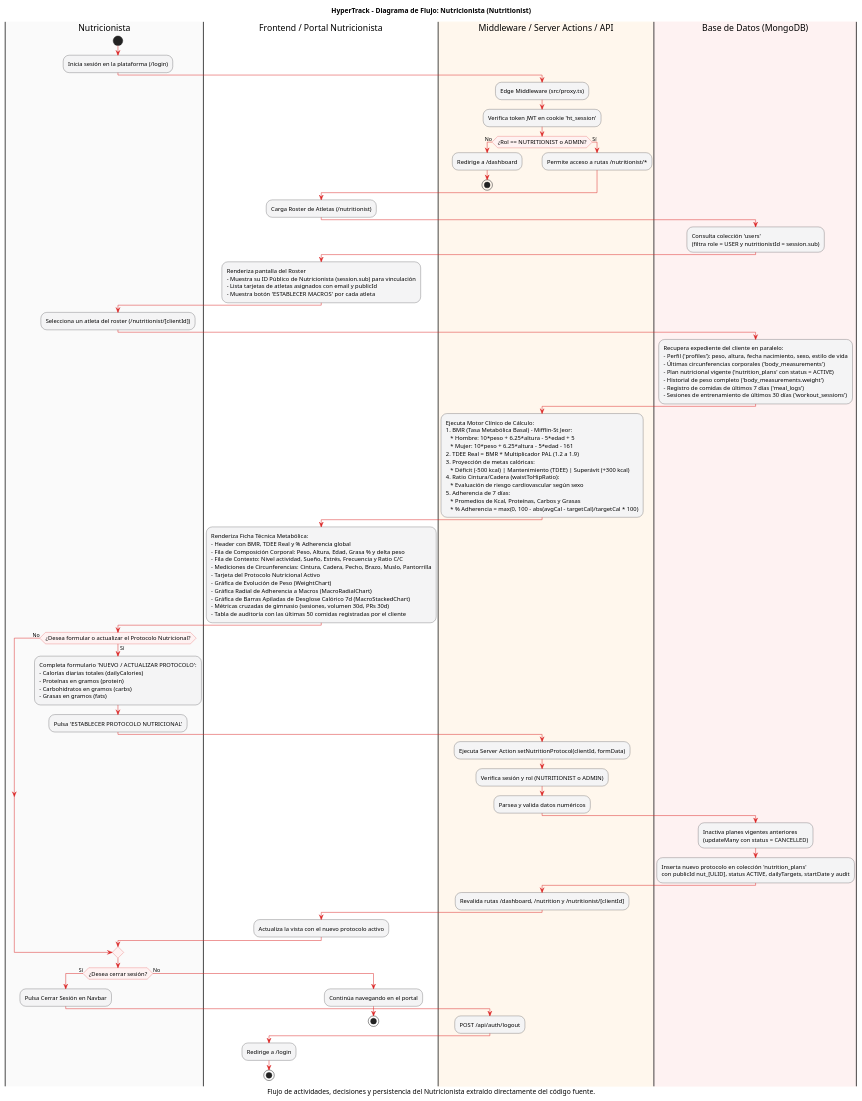
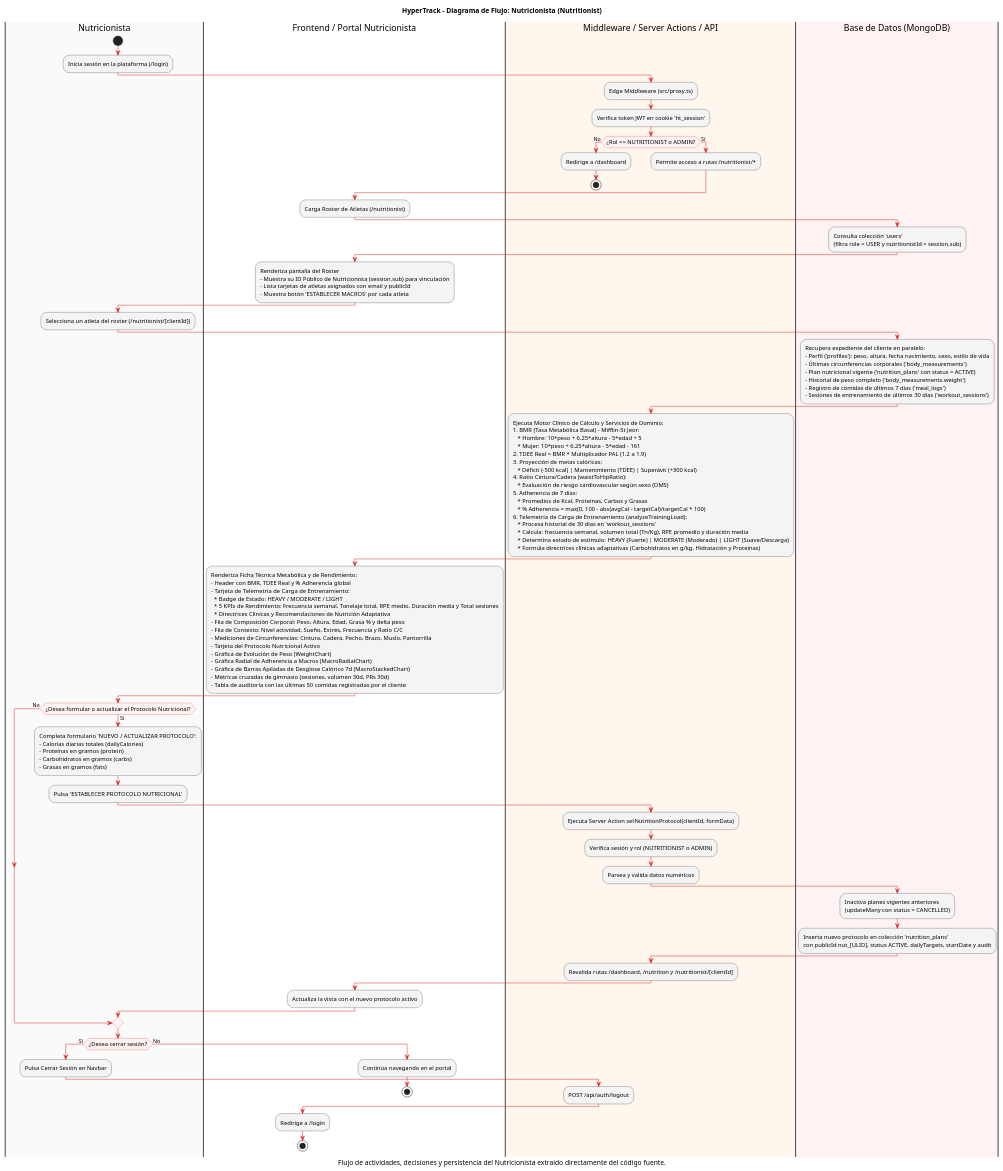
The diagram in OFICIAL/diagramas/Flujo_Nutricionista.puml (KingBathos/Hypertrack), drawn with PlantUML before and after one commit. The commit also changed 10 other files, not shown here.

Commit message:
docs(architecture): update comprehensive step-by-step setup guide, requirements, and role workflows

```diff
--- a/OFICIAL/diagramas/Flujo_Nutricionista.puml
+++ b/OFICIAL/diagramas/Flujo_Nutricionista.puml
@@ -1,129 +1,138 @@
 @startuml Flujo_Nutricionista
 title HyperTrack - Diagrama de Flujo: Nutricionista (Nutritionist)
 caption Flujo de actividades, decisiones y persistencia del Nutricionista extraído directamente del código fuente.
 
 skinparam BackgroundColor #FFFFFF
 skinparam Shadowing false
 skinparam DefaultFontName "Helvetica", "Arial", sans-serif
 skinparam ActivityFontSize 12
 skinparam ArrowColor #DC2626
 skinparam ActivityBorderColor #18181B
 skinparam ActivityBackgroundColor #F4F4F5
 skinparam ActivityDiamondBorderColor #DC2626
 skinparam ActivityDiamondBackgroundColor #FEF2F2
 skinparam NoteBorderColor #71717A
 skinparam NoteBackgroundColor #FAFAFA
 
 |#FAFAFA|Nutricionista|
 |#FFFFFF|Frontend / Portal Nutricionista|
 |#FFF7ED|Middleware / Server Actions / API|
 |#FEF2F2|Base de Datos (MongoDB)|
 
 |Nutricionista|
 start
 :Inicia sesión en la plataforma (/login);
 
 |Middleware / Server Actions / API|
 :Edge Middleware (src/proxy.ts);
 :Verifica token JWT en cookie 'ht_session';
 if (¿Rol == NUTRITIONIST o ADMIN?) then (No)
   :Redirige a /dashboard;
   stop
 else (Sí)
   :Permite acceso a rutas /nutritionist/*;
 endif
 
 |Frontend / Portal Nutricionista|
 :Carga Roster de Atletas (/nutritionist);
 
 |Base de Datos (MongoDB)|
 :Consulta colección 'users'
 (filtra role = USER y nutritionistId = session.sub);
 
 |Frontend / Portal Nutricionista|
 :Renderiza pantalla del Roster
 - Muestra su ID Público de Nutricionista (session.sub) para vinculación
 - Lista tarjetas de atletas asignados con email y publicId
 - Muestra botón 'ESTABLECER MACROS' por cada atleta;
 
 |Nutricionista|
 :Selecciona un atleta del roster (/nutritionist/[clientId]);
 
 |Base de Datos (MongoDB)|
 :Recupera expediente del cliente en paralelo:
 - Perfil ('profiles'): peso, altura, fecha nacimiento, sexo, estilo de vida
 - Últimas circunferencias corporales ('body_measurements')
 - Plan nutricional vigente ('nutrition_plans' con status = ACTIVE)
 - Historial de peso completo ('body_measurements.weight')
 - Registro de comidas de últimos 7 días ('meal_logs')
 - Sesiones de entrenamiento de últimos 30 días ('workout_sessions');
 
 |Middleware / Server Actions / API|
-:Ejecuta Motor Clínico de Cálculo:
+:Ejecuta Motor Clínico de Cálculo y Servicios de Dominio:
 1. BMR (Tasa Metabólica Basal) - Mifflin-St Jeor:
    * Hombre: 10*peso + 6.25*altura - 5*edad + 5
    * Mujer: 10*peso + 6.25*altura - 5*edad - 161
 2. TDEE Real = BMR * Multiplicador PAL (1.2 a 1.9)
 3. Proyección de metas calóricas:
    * Déficit (-500 kcal) | Mantenimiento (TDEE) | Superávit (+300 kcal)
 4. Ratio Cintura/Cadera (waistToHipRatio):
-   * Evaluación de riesgo cardiovascular según sexo
+   * Evaluación de riesgo cardiovascular según sexo (OMS)
 5. Adherencia de 7 días:
    * Promedios de Kcal, Proteínas, Carbos y Grasas
-   * % Adherencia = max(0, 100 - abs(avgCal - targetCal)/targetCal * 100);
+   * % Adherencia = max(0, 100 - abs(avgCal - targetCal)/targetCal * 100)
+6. Telemetría de Carga de Entrenamiento (analyzeTrainingLoad):
+   * Procesa historial de 30 días en 'workout_sessions'
+   * Calcula: frecuencia semanal, volumen total (Tn/Kg), RPE promedio y duración media
+   * Determina estado de estímulo: HEAVY (Fuerte) | MODERATE (Moderado) | LIGHT (Suave/Descarga)
+   * Formula directrices clínicas adaptativas (Carbohidratos en g/kg, Hidratación y Proteínas);
 
 |Frontend / Portal Nutricionista|
-:Renderiza Ficha Técnica Metabólica:
+:Renderiza Ficha Técnica Metabólica y de Rendimiento:
 - Header con BMR, TDEE Real y % Adherencia global
+- Tarjeta de Telemetría de Carga de Entrenamiento:
+  * Badge de Estado: HEAVY / MODERATE / LIGHT
+  * 5 KPIs de Rendimiento: Frecuencia semanal, Tonelaje total, RPE medio, Duración media y Total sesiones
+  * Directrices Clínicas y Recomendaciones de Nutrición Adaptativa
 - Fila de Composición Corporal: Peso, Altura, Edad, Grasa % y delta peso
 - Fila de Contexto: Nivel actividad, Sueño, Estrés, Frecuencia y Ratio C/C
 - Mediciones de Circunferencias: Cintura, Cadera, Pecho, Brazo, Muslo, Pantorrilla
 - Tarjeta del Protocolo Nutricional Activo
 - Gráfica de Evolución de Peso (WeightChart)
 - Gráfica Radial de Adherencia a Macros (MacroRadialChart)
 - Gráfica de Barras Apiladas de Desglose Calórico 7d (MacroStackedChart)
 - Métricas cruzadas de gimnasio (sesiones, volumen 30d, PRs 30d)
 - Tabla de auditoría con las últimas 50 comidas registradas por el cliente;
 
 |Nutricionista|
 if (¿Desea formular o actualizar el Protocolo Nutricional?) then (Sí)
   :Completa formulario 'NUEVO / ACTUALIZAR PROTOCOLO':
   - Calorías diarias totales (dailyCalories)
   - Proteínas en gramos (protein)
   - Carbohidratos en gramos (carbs)
   - Grasas en gramos (fats);
   :Pulsa 'ESTABLECER PROTOCOLO NUTRICIONAL';
 
   |Middleware / Server Actions / API|
   :Ejecuta Server Action setNutritionProtocol(clientId, formData);
   :Verifica sesión y rol (NUTRITIONIST o ADMIN);
   :Parsea y valida datos numéricos;
 
   |Base de Datos (MongoDB)|
   :Inactiva planes vigentes anteriores
   (updateMany con status = CANCELLED);
   :Inserta nuevo protocolo en colección 'nutrition_plans'
   con publicId nut_[ULID], status ACTIVE, dailyTargets, startDate y audit;
 
   |Middleware / Server Actions / API|
   :Revalida rutas /dashboard, /nutrition y /nutritionist/[clientId];
 
   |Frontend / Portal Nutricionista|
   :Actualiza la vista con el nuevo protocolo activo;
 else (No)
 endif
 
 |Nutricionista|
 if (¿Desea cerrar sesión?) then (Sí)
   :Pulsa Cerrar Sesión en Navbar;
   |Middleware / Server Actions / API|
   :POST /api/auth/logout;
   |Frontend / Portal Nutricionista|
   :Redirige a /login;
   stop
 else (No)
   :Continúa navegando en el portal;
   stop
 endif
 
 @enduml
```
